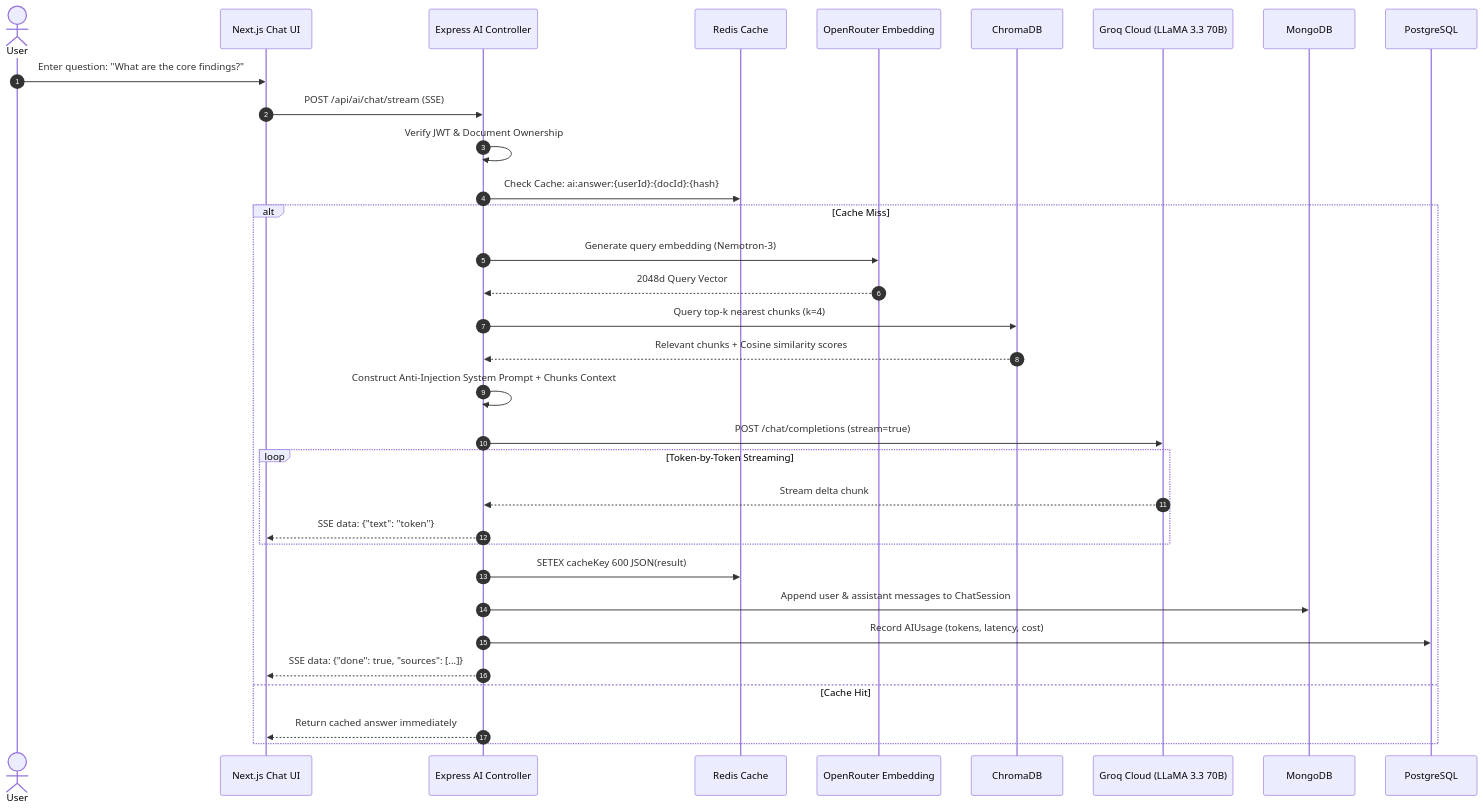
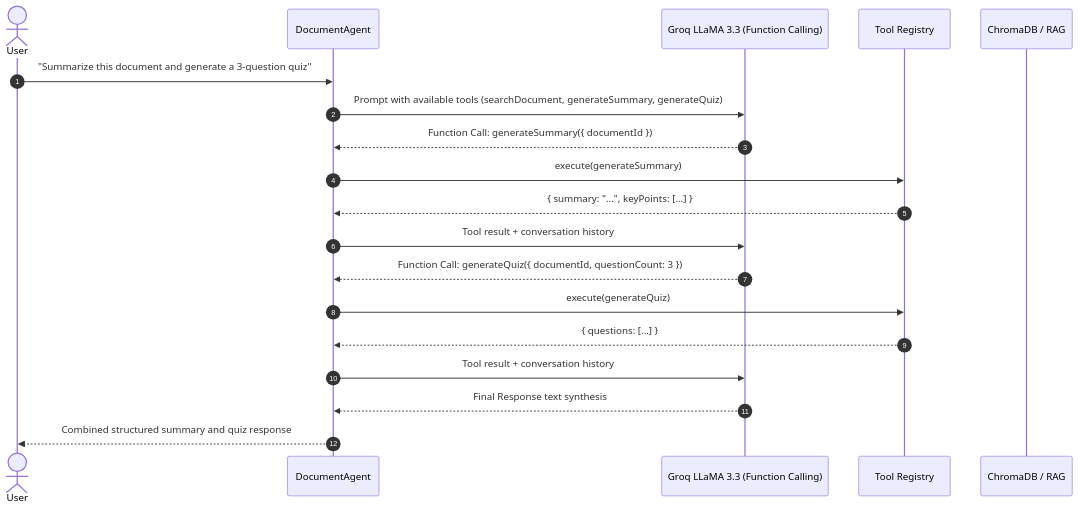
Before and after one commit to Digvijay-999/Documind: the fourth of 7 diagrams in HLD.md, drawn with Mermaid. The commit also changed other lines of this file and 18 other files, not shown here.

Commit message:
OpenRouter connection  Bug solved

````diff
--- a/HLD.md
+++ b/HLD.md
@@ -185,37 +151,24 @@
 ```mermaid
 sequenceDiagram
     autonumber
-    actor User
-    participant Web as Next.js Chat UI
-    participant API as Express AI Controller
-    participant Redis as Redis Cache
-    participant OR as OpenRouter Embedding
-    participant Chroma as ChromaDB
-    participant Groq as Groq Cloud (LLaMA 3.3 70B)
-    participant Mongo as MongoDB
-    participant PG as PostgreSQL
+    actor User as User
+    participant Agent as DocumentAgent
+    participant Groq as Groq LLaMA 3.3 (Function Calling)
+    participant Tools as Tool Registry
+    participant Chroma as ChromaDB / RAG
 
-    User->>Web: Enter question: "What are the core findings?"
-    Web->>API: POST /api/ai/chat/stream (SSE)
-    API->>API: Verify JWT & Document Ownership
-    API->>Redis: Check Cache: ai:answer:{userId}:{docId}:{hash}
+    User->>Agent: "Summarize this document and generate a 3-question quiz"
+    Agent->>Groq: Prompt with available tools (searchDocument, generateSummary, generateQuiz)
+    Groq-->>Agent: Function Call: generateSummary({ documentId })
+    Agent->>Tools: execute(generateSummary)
+    Tools-->>Agent: { summary: "...", keyPoints: [...] }
     
-    alt Cache Miss
-        API->>OR: Generate query embedding (Nemotron-3)
-        OR-->>API: 2048d Query Vector
-        API->>Chroma: Query top-k nearest chunks (k=4)
-        Chroma-->>API: Relevant chunks + Cosine similarity scores
-        API->>API: Construct Anti-Injection System Prompt + Chunks Context
-        API->>Groq: POST /chat/completions (stream=true)
-        loop Token-by-Token Streaming
-            Groq-->>API: Stream delta chunk
-            API-->>Web: SSE data: {"text": "token"}
-        end
-        API->>Redis: SETEX cacheKey 600 JSON(result)
-        API->>Mongo: Append user & assistant messages to ChatSession
-        API->>PG: Record AIUsage (tokens, latency, cost)
-        API-->>Web: SSE data: {"done": true, "sources": [...]}
-    else Cache Hit
-        API-->>Web: Return cached answer immediately
-    end
+    Agent->>Groq: Tool result + conversation history
+    Groq-->>Agent: Function Call: generateQuiz({ documentId, questionCount: 3 })
+    Agent->>Tools: execute(generateQuiz)
+    Tools-->>Agent: { questions: [...] }
+    
+    Agent->>Groq: Tool result + conversation history
+    Groq-->>Agent: Final Response text synthesis
+    Agent-->>User: Combined structured summary and quiz response
 ```
````
